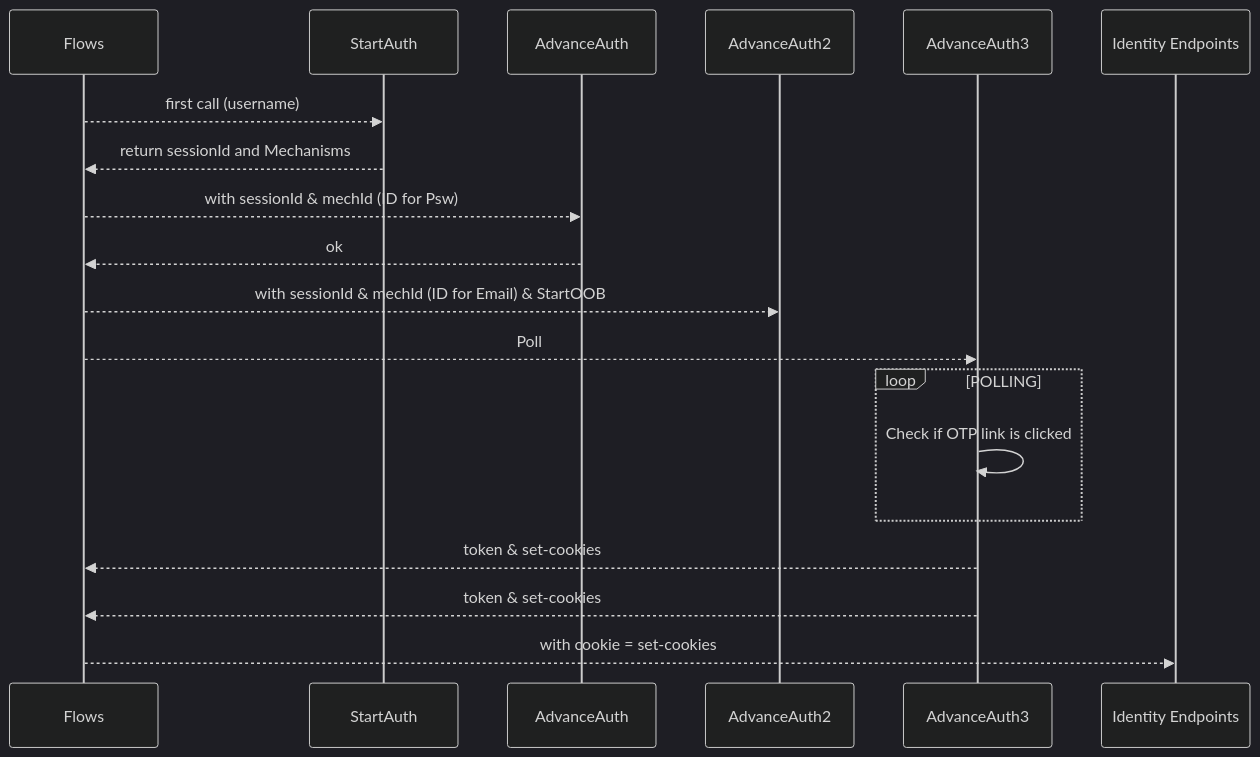
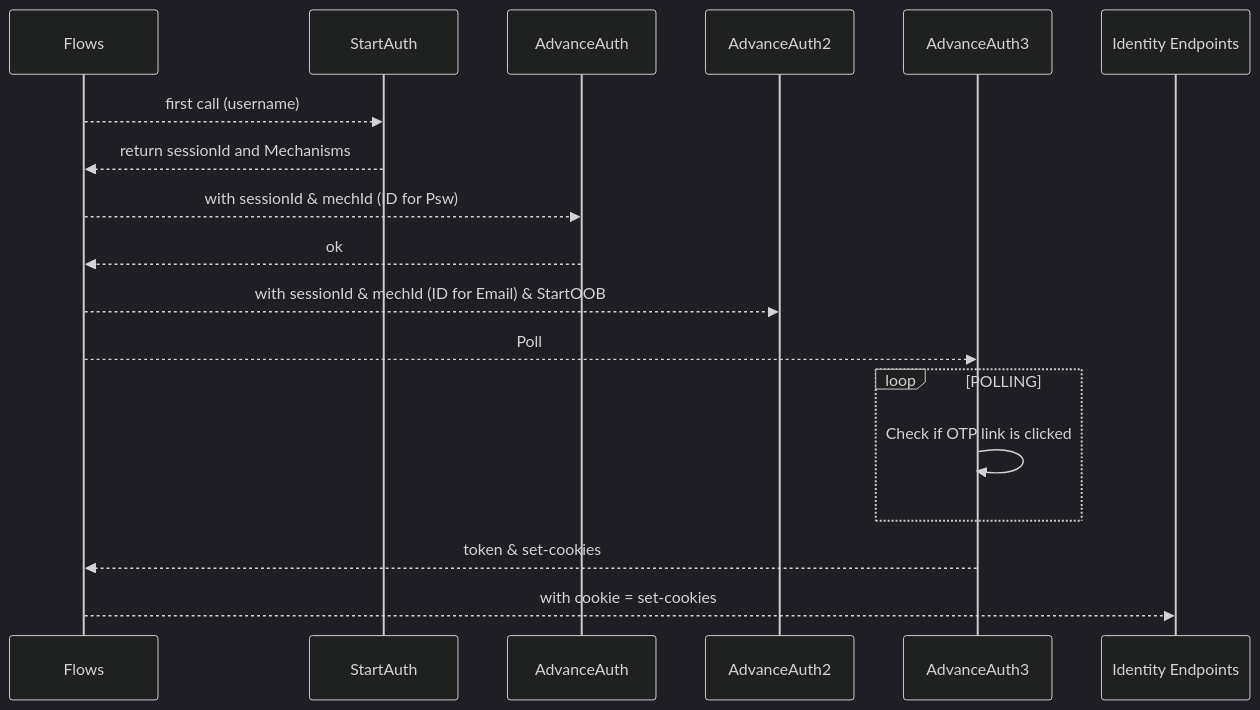
Before and after one commit to horemansp/CyberArk: the third of 3 diagrams in FLOWS/Tutorial-Materials/T1-17/UserContextAuthentication/readme.md, drawn with Mermaid (dark theme).

````diff
--- a/FLOWS/Tutorial-Materials/T1-17/UserContextAuthentication/readme.md
+++ b/FLOWS/Tutorial-Materials/T1-17/UserContextAuthentication/readme.md
@@ -33,15 +33,14 @@
 ```mermaid
 sequenceDiagram
 Flows-->>StartAuth:first call (username)
 StartAuth-->>Flows:return sessionId and Mechanisms
 Flows-->>AdvanceAuth:with sessionId & mechId (ID for Psw)
 AdvanceAuth-->>Flows:ok
 Flows-->>AdvanceAuth2:with sessionId & mechId (ID for Email) & StartOOB
 Flows-->>AdvanceAuth3: Poll
 loop POLLING
     AdvanceAuth3->>AdvanceAuth3: Check if OTP link is clicked
 end
 AdvanceAuth3-->>Flows:token & set-cookies
-AdvanceAuth3-->>Flows:token & set-cookies
 Flows-->>Identity Endpoints: with cookie = set-cookies
 ```
````
